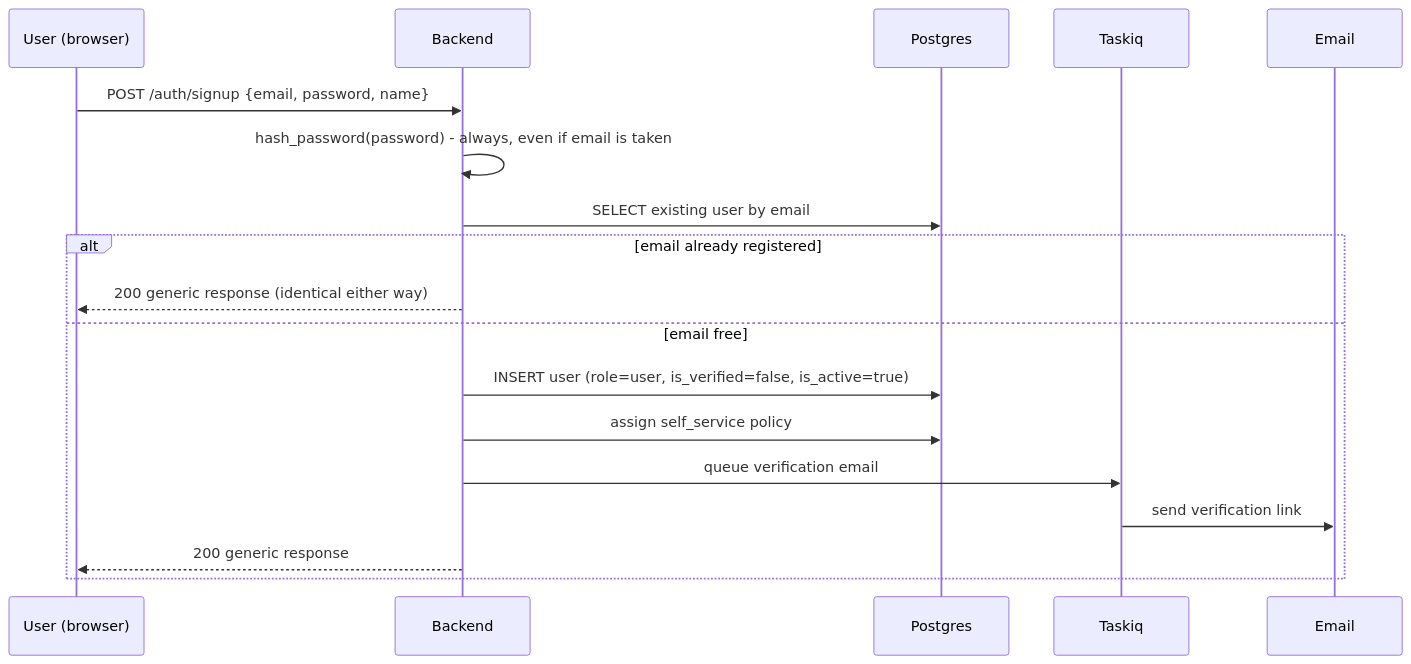
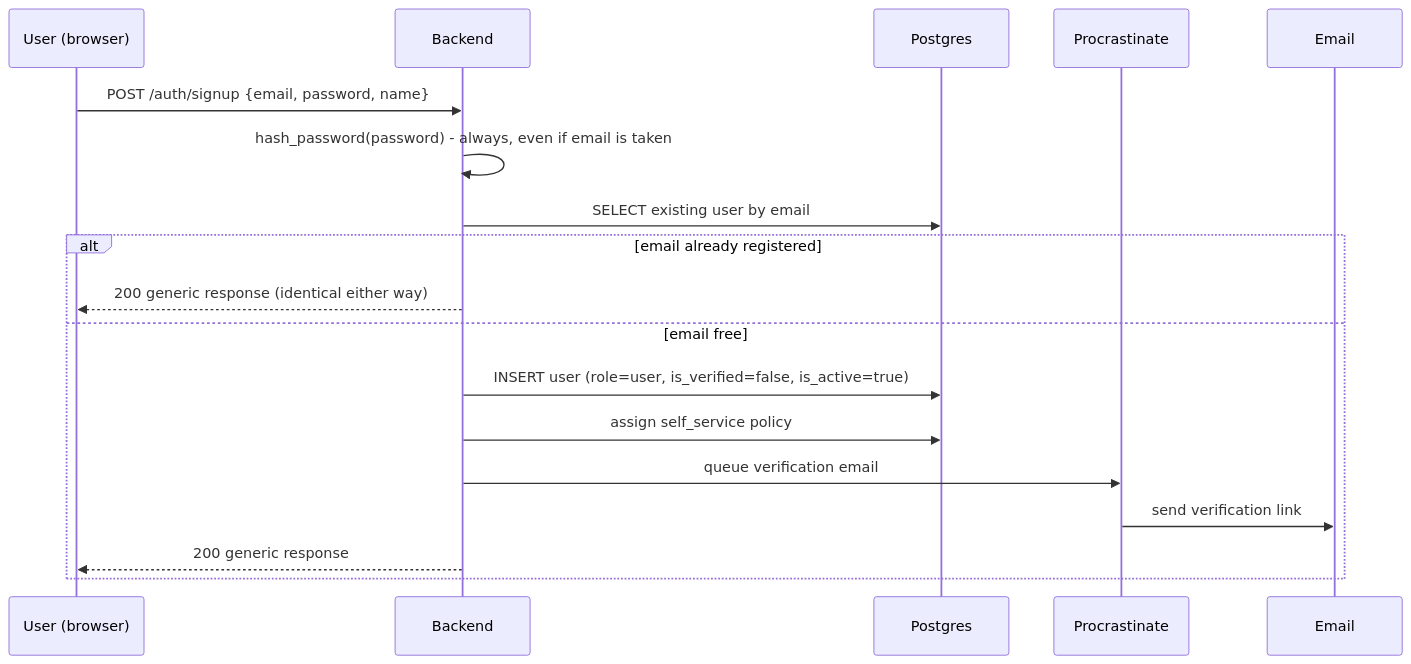
Before and after one commit to Nachiket-2024/mystic-auth: the first of 2 diagrams in docs/mystic_auth/authentication/signup-and-verification.md, drawn with Mermaid. The commit also changed other lines of this file and 305 other files, not shown here.

Commit message:
Replaced Taskiq with Procrastinate, added session geolocation, rate-limit dashboard, enforced JWT iss/aud

````diff
--- a/docs/mystic_auth/authentication/signup-and-verification.md
+++ b/docs/mystic_auth/authentication/signup-and-verification.md
@@ -21,21 +21,21 @@
 ```mermaid
 sequenceDiagram
     participant U as User (browser)
     participant API as Backend
     participant DB as Postgres
-    participant Q as Taskiq
+    participant Q as Procrastinate
     participant E as Email
 
     U->>API: POST /auth/signup {email, password, name}
     API->>API: hash_password(password) - always, even if email is taken
     API->>DB: SELECT existing user by email
     alt email already registered
         API-->>U: 200 generic response (identical either way)
     else email free
         API->>DB: INSERT user (role=user, is_verified=false, is_active=true)
         API->>DB: assign self_service policy
         API->>Q: queue verification email
         Q->>E: send verification link
         API-->>U: 200 generic response
     end
 ```
````
